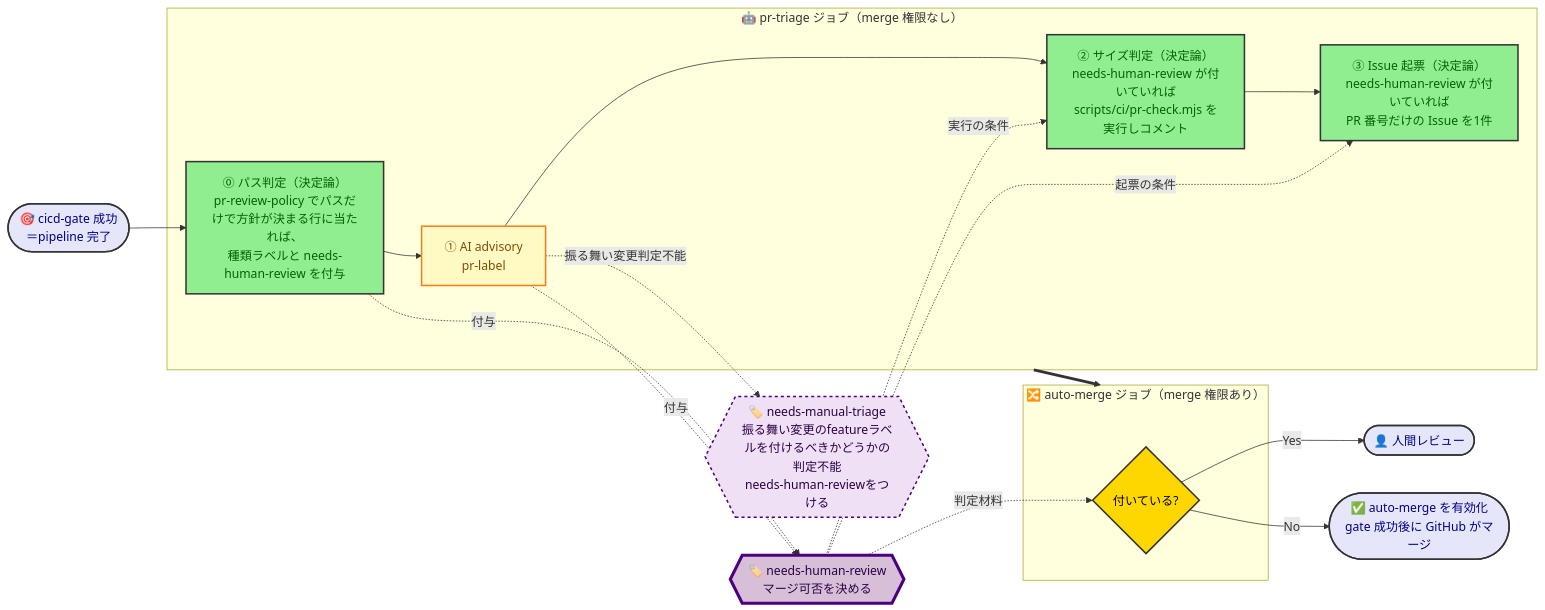
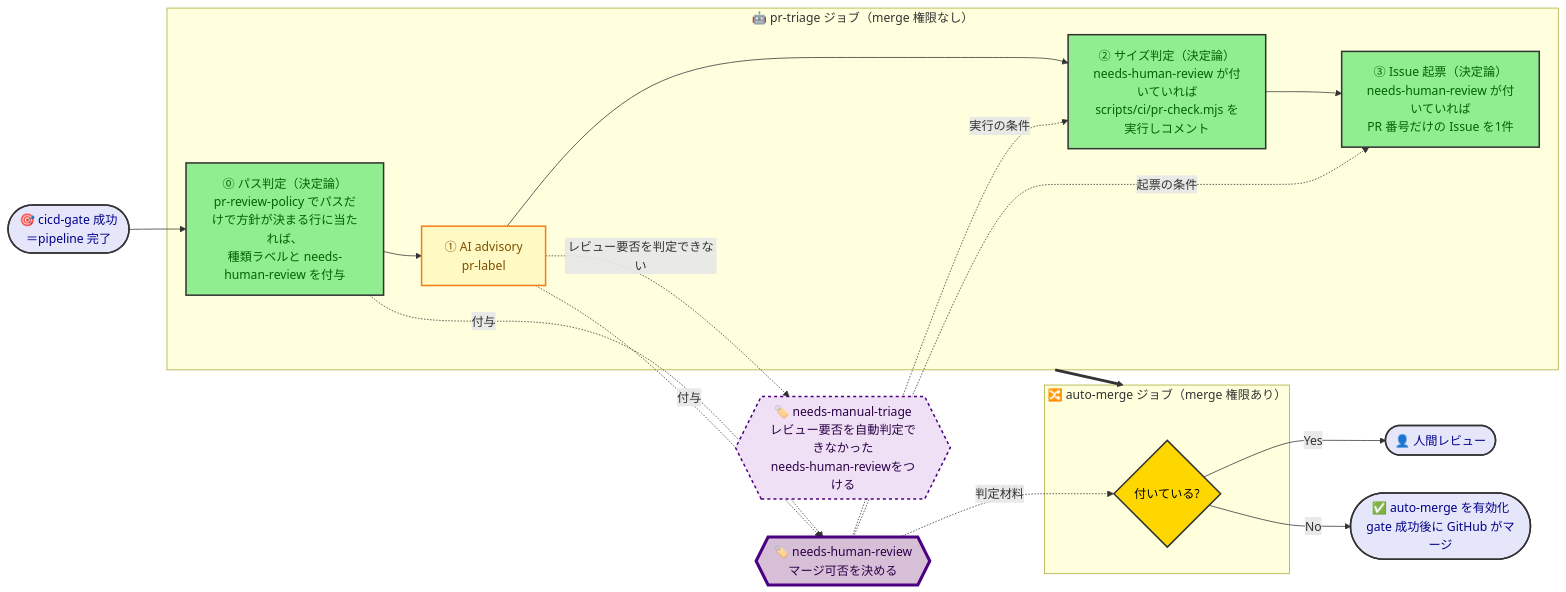
The second of 4 diagrams in samples/docs/design/cicd-design.md (kasiopeiya/claude-dev-template), drawn with Mermaid before and after one commit. The commit also changed 2 other files, not shown here.

Commit message:
docs: レビュー要否の判定基準を pr-review-policy だけに置く (#2006)
pr-label の判定ロジックが、ポリシーに無い棄権の条件を持っていた。
ポリシーの表を変えても PR へのラベルの付き方が変わらなかったため、
種類ラベルを付ける条件と棄権の条件をポリシーへ移し、Skill は参照先の節名だけにする。

````diff
--- a/samples/docs/design/cicd-design.md
+++ b/samples/docs/design/cicd-design.md
@@ -89,47 +89,47 @@
 ```mermaid
 flowchart LR
     Start([🎯 cicd-gate 成功<br/>＝pipeline 完了])
 
     subgraph Triage["🤖 pr-triage ジョブ（merge 権限なし）"]
         Det["⓪ パス判定（決定論）<br/>pr-review-policy でパスだけで方針が決まる行に当たれば、<br/>種類ラベルと needs-human-review を付与"]
         Ai["① AI advisory<br/>pr-label"]
         Chk["② サイズ判定（決定論）<br/>needs-human-review が付いていれば<br/>scripts/ci/pr-check.mjs を実行しコメント"]
         Iss["③ Issue 起票（決定論）<br/>needs-human-review が付いていれば<br/>PR 番号だけの Issue を1件"]
         Det --> Ai --> Chk --> Iss
     end
 
     Label{{"🏷️ needs-human-review<br/>マージ可否を決める"}}
-    Triage2{{"🏷️ needs-manual-triage<br/>振る舞い変更のfeatureラベルを付けるべきかどうかの判定不能<br/>needs-human-reviewをつける"}}
+    Triage2{{"🏷️ needs-manual-triage<br/>レビュー要否を自動判定できなかった<br/>needs-human-reviewをつける"}}
 
     subgraph AutoJob["🔀 auto-merge ジョブ（merge 権限あり）"]
         Judge{付いている?}
     end
 
     Human([👤 人間レビュー])
     Merged([✅ auto-merge を有効化<br/>gate 成功後に GitHub がマージ])
 
     Start --> Det
     Triage ==> AutoJob
     Det -. 付与 .-> Label
     Ai -. 付与 .-> Label
-    Ai -. 振る舞い変更判定不能 .-> Triage2
+    Ai -. レビュー要否を判定できない .-> Triage2
     Label -. 判定材料 .-> Judge
     Label -. 実行の条件 .-> Chk
     Label -. 起票の条件 .-> Iss
     Judge -->|Yes| Human
     Judge -->|No| Merged
 
     classDef startEnd fill:#E6E6FA,stroke:#333,stroke-width:2px,color:darkblue
     classDef process fill:#90EE90,stroke:#333,stroke-width:2px,color:darkgreen
     classDef decision fill:#FFD700,stroke:#333,stroke-width:2px,color:black
     classDef advisory fill:#FFF9C4,stroke:#F57F17,stroke-width:2px,color:#7f4f00
     classDef state fill:#D8BFD8,stroke:#4B0082,stroke-width:4px,color:#2b0047
     classDef substate fill:#EFE0F5,stroke:#4B0082,stroke-width:2px,stroke-dasharray: 4 4,color:#2b0047
 
     class Start,Human,Merged startEnd
     class Det,Chk,Iss process
     class Ai advisory
     class Judge decision
     class Label state
     class Triage2 substate
 ```
````
